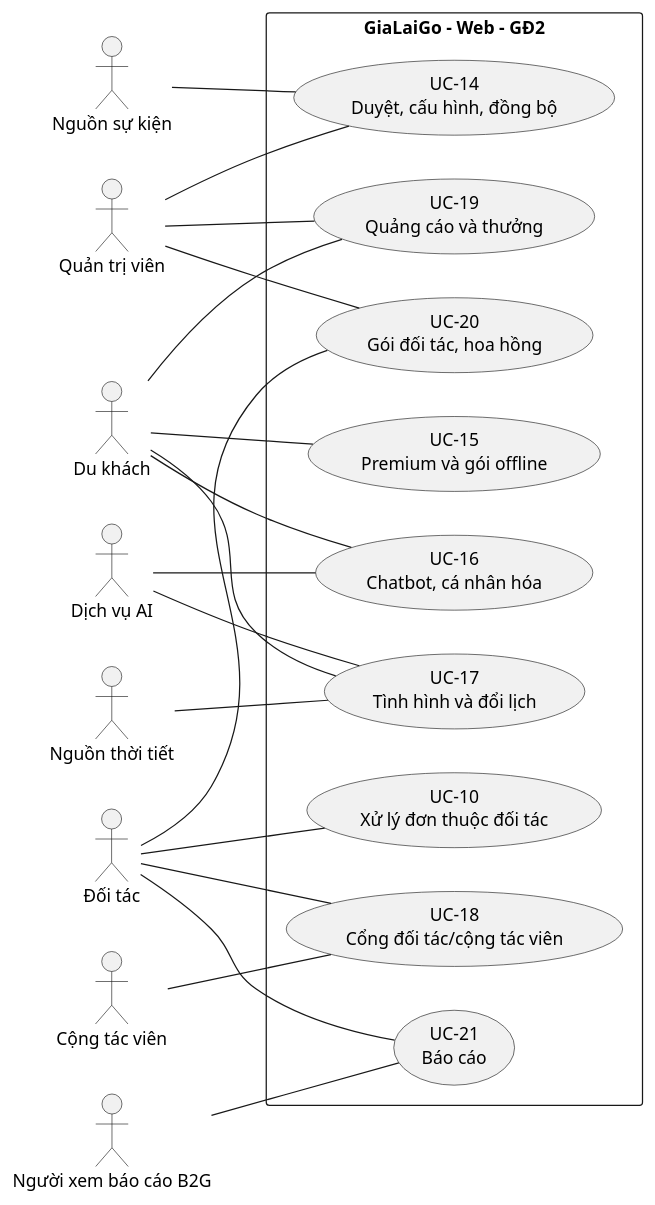
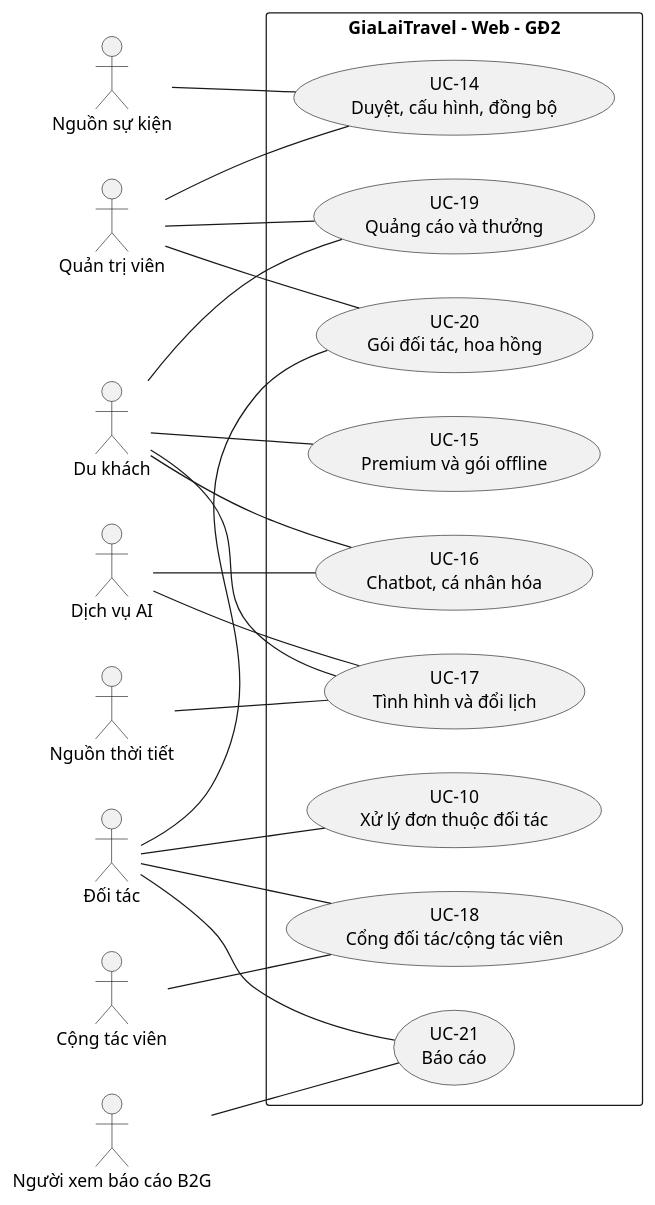
The second of 2 diagrams in docs/srs/03-usecase-diagram.md (YangKlee/GiaLai-Travel), drawn with PlantUML before and after one commit. The commit also changed other lines of this file and 4 other files, not shown here.

````diff
--- a/docs/srs/03-usecase-diagram.md
+++ b/docs/srs/03-usecase-diagram.md
@@ -87,41 +87,41 @@
 ```plantuml
 @startuml
 left to right direction
 actor "Du khách" as Tourist
 actor "Quản trị viên" as Admin
 actor "Đối tác" as Partner
 actor "Cộng tác viên" as Contributor
 actor "Người xem báo cáo B2G" as Agency
 actor "Dịch vụ AI" as AI
 actor "Nguồn thời tiết" as Weather
 actor "Nguồn sự kiện" as Events
-rectangle "GiaLaiGo - Web - GĐ2" {
+rectangle "GiaLaiTravel - Web - GĐ2" {
   usecase "UC-15\nPremium và gói offline" as U15
   usecase "UC-16\nChatbot, cá nhân hóa" as U16
   usecase "UC-17\nTình hình và đổi lịch" as U17
   usecase "UC-18\nCổng đối tác/cộng tác viên" as U18
   usecase "UC-19\nQuảng cáo và thưởng" as U19
   usecase "UC-20\nGói đối tác, hoa hồng" as U20
   usecase "UC-21\nBáo cáo" as U21
   usecase "UC-10\nXử lý đơn thuộc đối tác" as U10
   usecase "UC-14\nDuyệt, cấu hình, đồng bộ" as U14
 }
 Tourist -- U15
 Tourist -- U16
 Tourist -- U17
 Tourist -- U19
 Partner -- U18
 Partner -- U20
 Partner -- U21
 Partner -- U10
 Contributor -- U18
 Agency -- U21
 Admin -- U14
 Admin -- U19
 Admin -- U20
 AI -- U16
 AI -- U17
 Weather -- U17
 Events -- U14
 @enduml
 ```
````
